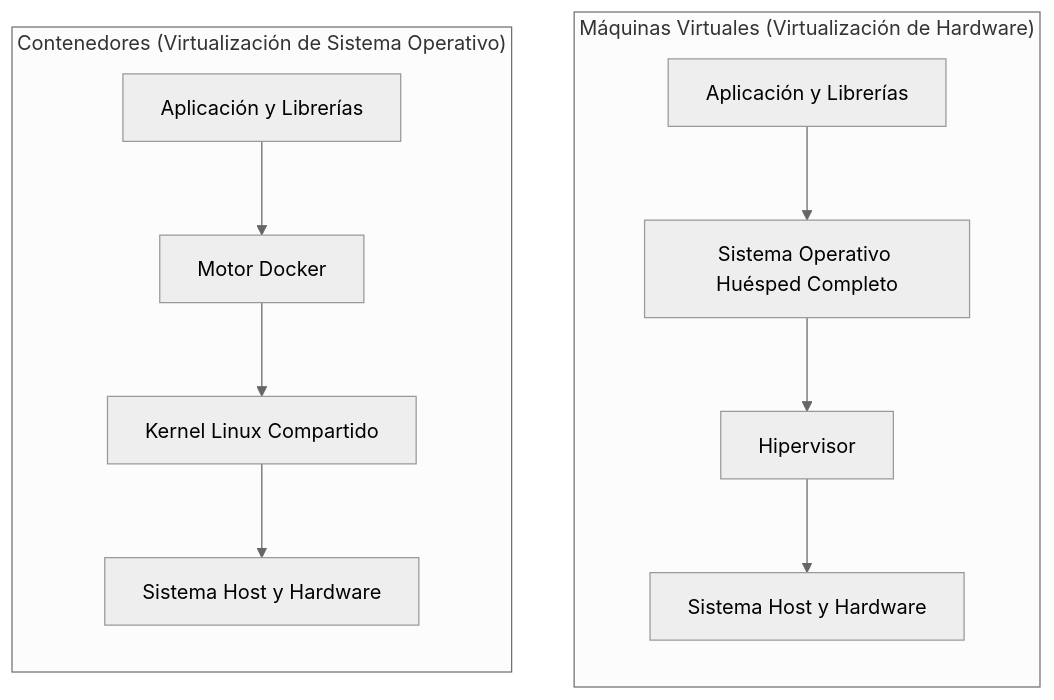
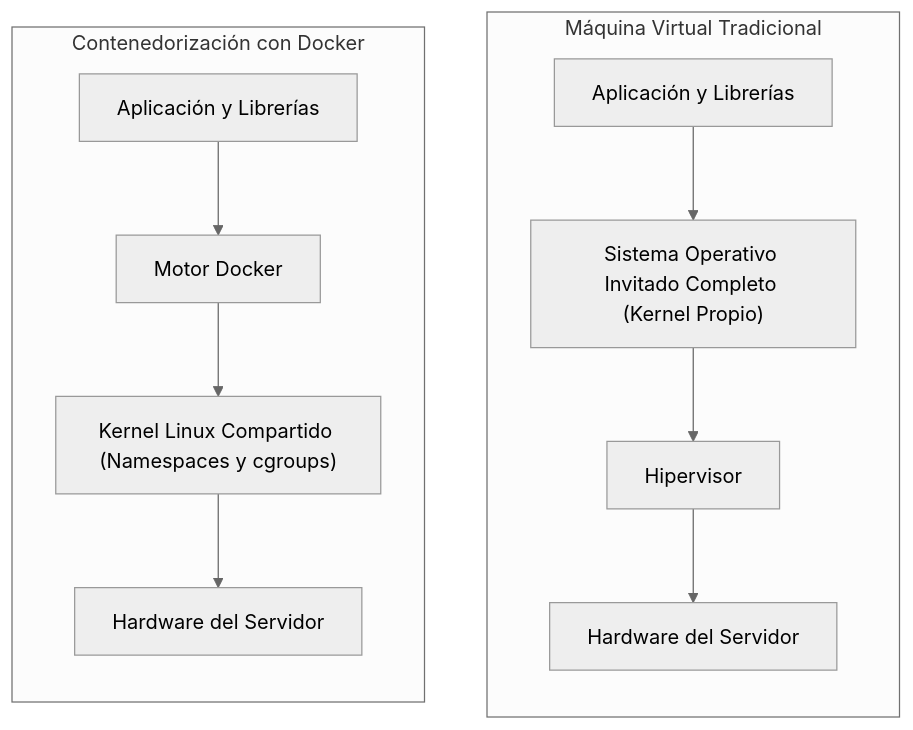
One commit to Pascal-Thommen/pascal-thommen.github.io changed the first of 3 diagrams in content/posts/upa-campus-app-architecture-part-2/index.es.md. Above: the diagram before and after it, drawn with Mermaid (neutral theme). The commit also changed other lines of this file and 25 other files, not shown here.

````diff
--- a/content/posts/upa-campus-app-architecture-part-2/index.es.md
+++ b/content/posts/upa-campus-app-architecture-part-2/index.es.md
@@ -28,19 +30,13 @@
 ```mermaid
 flowchart TD
-    subgraph VM_Arch["Máquinas Virtuales (Virtualización de Hardware)"]
+    subgraph VM_Stack["Máquina Virtual Tradicional"]
         direction TB
-        AppVM["Aplicación y Librerías"]
-        GuestOS["Sistema Operativo Huésped Completo"]
-        Hypervisor["Hipervisor"]
-        HostHW1["Sistema Host y Hardware"]
-        AppVM --> GuestOS --> Hypervisor --> HostHW1
+        V1["Aplicación y Librerías"] --> V2["Sistema Operativo Invitado Completo (Kernel Propio)"]
+        V2 --> V3["Hipervisor"] --> V4["Hardware del Servidor"]
     end
-    subgraph Docker_Arch["Contenedores (Virtualización de Sistema Operativo)"]
+    subgraph Container_Stack["Contenedorización con Docker"]
         direction TB
-        AppDocker["Aplicación y Librerías"]
-        Engine["Motor Docker"]
-        SharedKernel["Kernel Linux Compartido"]
-        HostHW2["Sistema Host y Hardware"]
-        AppDocker --> Engine --> SharedKernel --> HostHW2
+        C1["Aplicación y Librerías"] --> C2["Motor Docker"]
+        C2 --> C3["Kernel Linux Compartido (Namespaces y cgroups)"] --> C4["Hardware del Servidor"]
     end
 ```
````
